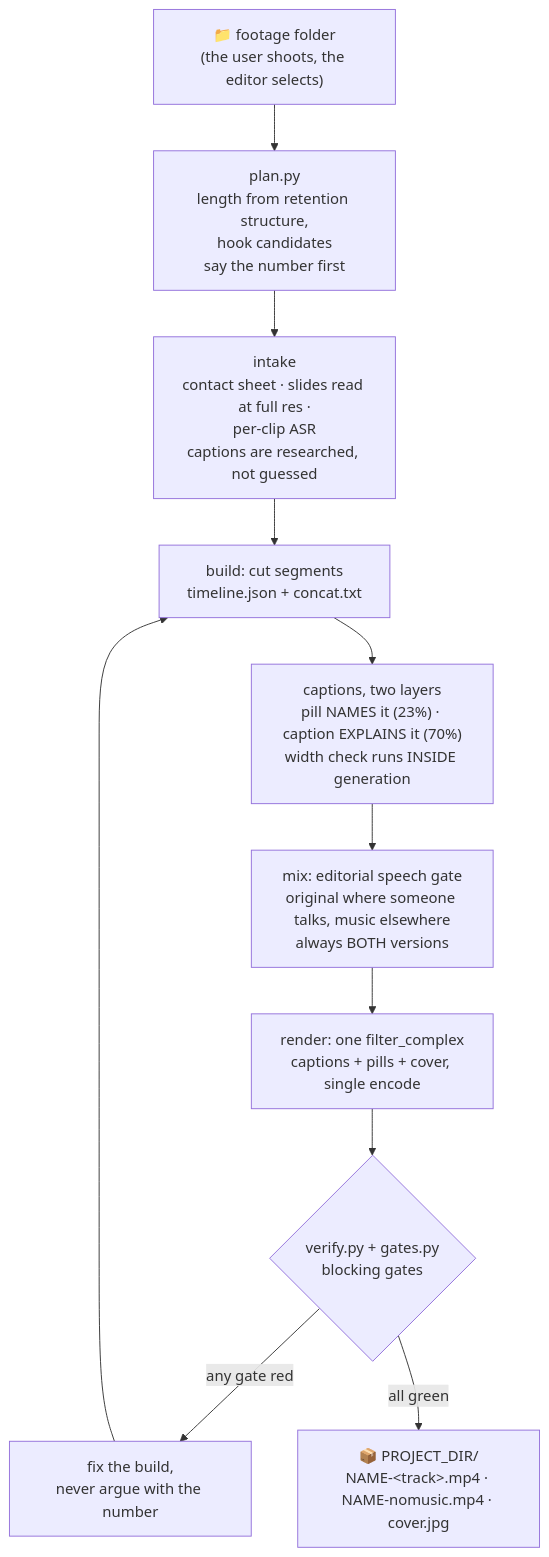
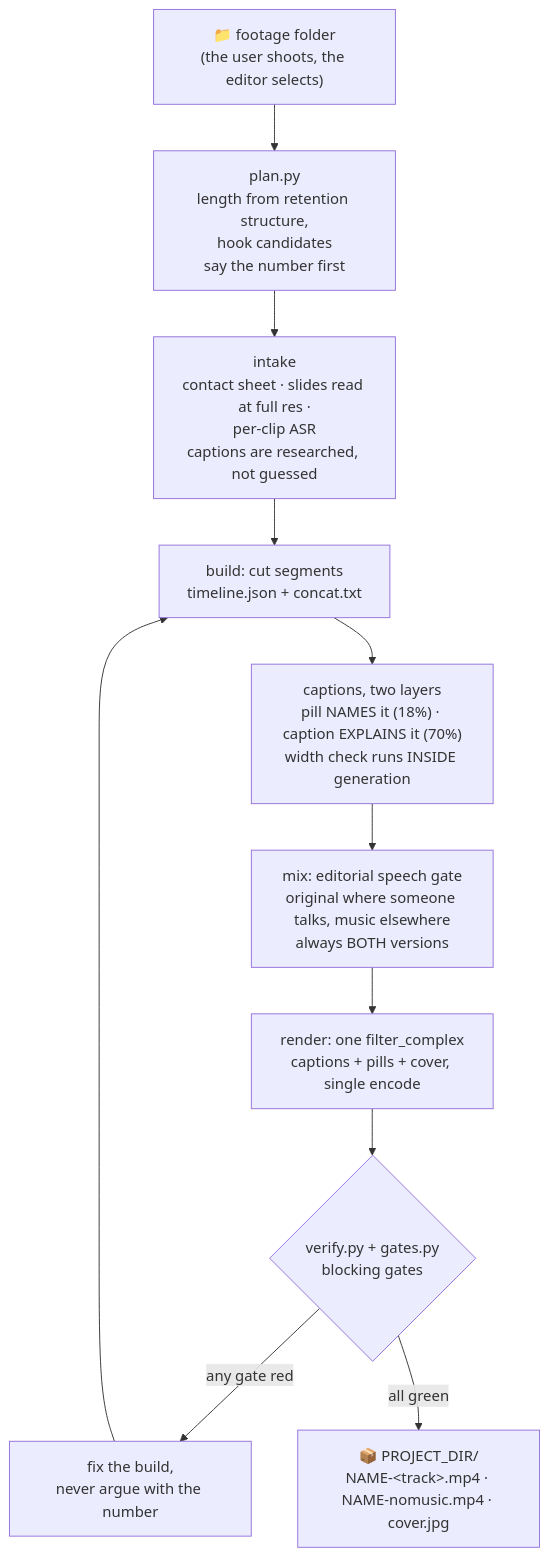
Before and after one commit to chyiiiiiiiiiiii/yiibu: the diagram in README.md, drawn with Mermaid. The commit also changed other lines of this file and 17 other files, not shown here.

````diff
--- a/README.md
+++ b/README.md
@@ -43,12 +43,12 @@
 ```mermaid
 flowchart TD
     A["📁 footage folder<br/>(the user shoots, the editor selects)"] --> P["plan.py<br/>length from retention structure,<br/>hook candidates<br/>say the number first"]
     P --> I["intake<br/>contact sheet · slides read at full res ·<br/>per-clip ASR<br/>captions are researched, not guessed"]
     I --> B["build: cut segments<br/>timeline.json + concat.txt"]
-    B --> C["captions, two layers<br/>pill NAMES it (23%) · caption EXPLAINS it (70%)<br/>width check runs INSIDE generation"]
+    B --> C["captions, two layers<br/>pill NAMES it (18%) · caption EXPLAINS it (70%)<br/>width check runs INSIDE generation"]
     C --> M["mix: editorial speech gate<br/>original where someone talks, music elsewhere<br/>always BOTH versions"]
     M --> R["render: one filter_complex<br/>captions + pills + cover, single encode"]
     R --> G{"verify.py + gates.py<br/>blocking gates"}
     G -->|any gate red| F["fix the build,<br/>never argue with the number"] --> B
     G -->|all green| D["📦 PROJECT_DIR/<br/>NAME-&lt;track&gt;.mp4 · NAME-nomusic.mp4 · cover.jpg"]
 ```
````
